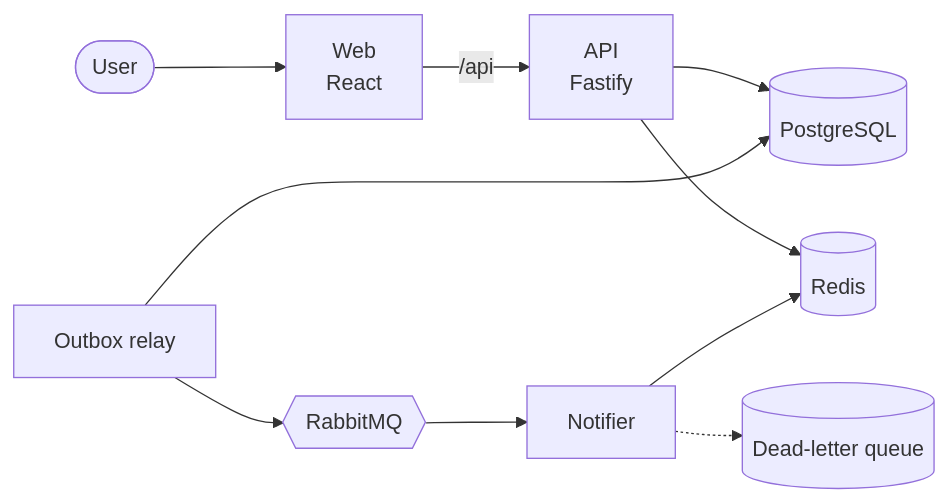
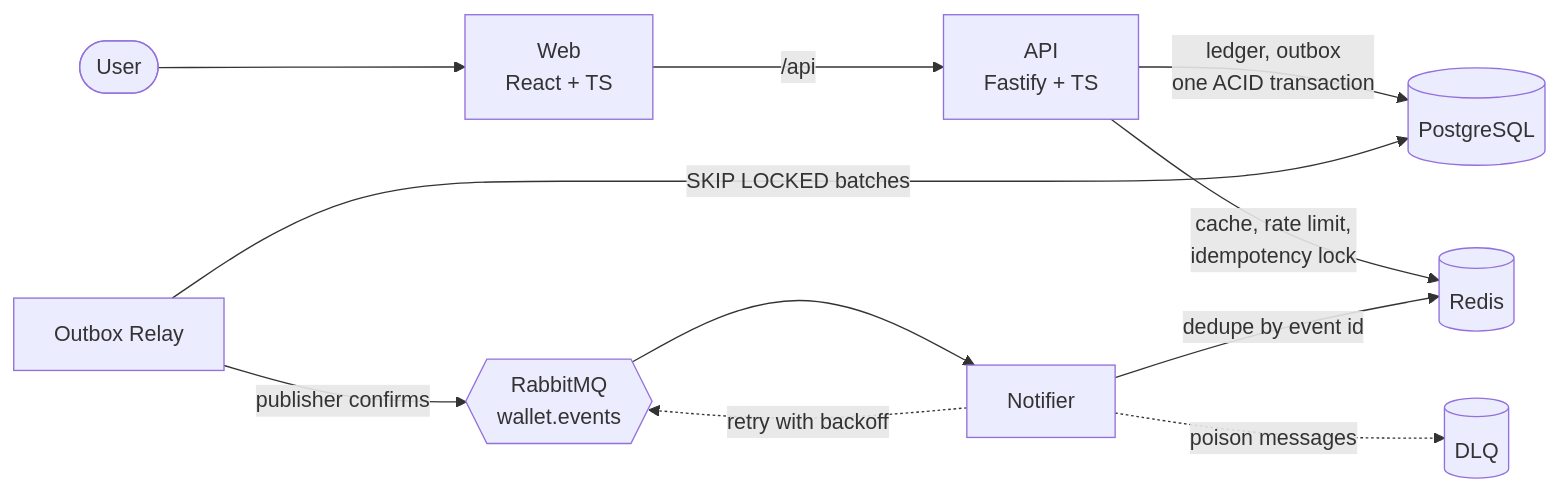
The first of 2 diagrams in README.md (mikaelapg/fintech-wallet-platform), drawn with Mermaid before and after one commit. The commit also changed other lines of this file, not shown here.

Commit message:
docs: document architecture and technical decisions

````diff
--- a/README.md
+++ b/README.md
@@ -19,12 +20,13 @@
 ```mermaid
 flowchart LR
-    U([User]) --> W[Web<br/>React]
-    W -->|/api| A[API<br/>Fastify]
-    A --> P[(PostgreSQL)]
-    A --> R[(Redis)]
-    O[Outbox relay] --> P
-    O --> MQ{{RabbitMQ}}
+    U([User]) --> W[Web<br/>React + TS]
+    W -->|/api| A[API<br/>Fastify + TS]
+    A -->|ledger, outbox<br/>one ACID transaction| P[(PostgreSQL)]
+    A -->|cache, rate limit,<br/>idempotency lock| R[(Redis)]
+    O[Outbox Relay] -->|SKIP LOCKED batches| P
+    O -->|publisher confirms| MQ{{RabbitMQ<br/>wallet.events}}
     MQ --> N[Notifier]
-    N --> R
-    N -.-> DLQ[(Dead-letter queue)]
+    N -->|dedupe by event id| R
+    N -.->|retry with backoff| MQ
+    N -.->|poison messages| DLQ[(DLQ)]
 ```
````
